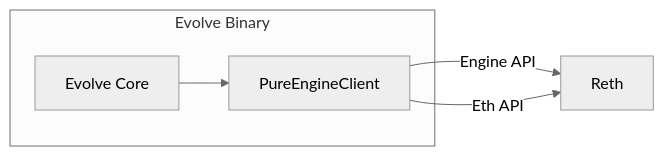
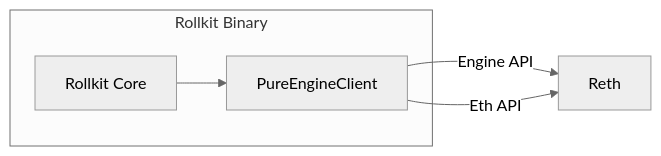
Before and after one commit to celestiaorg/celestia-zkevm: the diagram in devnet/forks/ev-node/execution/evm/README.md, drawn with Mermaid (neutral theme). The commit also changed other lines of this file and 493 other files, not shown here.

````diff
--- a/devnet/forks/ev-node/execution/evm/README.md
+++ b/devnet/forks/ev-node/execution/evm/README.md
@@ -90,13 +90,13 @@
 ```mermaid
 graph LR
-    subgraph Evolve Binary
-        EvolveCore[Evolve Core]
+    subgraph Rollkit Binary
+        RollkitCore[Rollkit Core]
         PureEngineClient[PureEngineClient]
     end
 
     %% Connections
-    EvolveCore --> PureEngineClient
+    RollkitCore --> PureEngineClient
     PureEngineClient -->|Engine API| Reth
     PureEngineClient -->|Eth API| Reth
 
 ```
````
